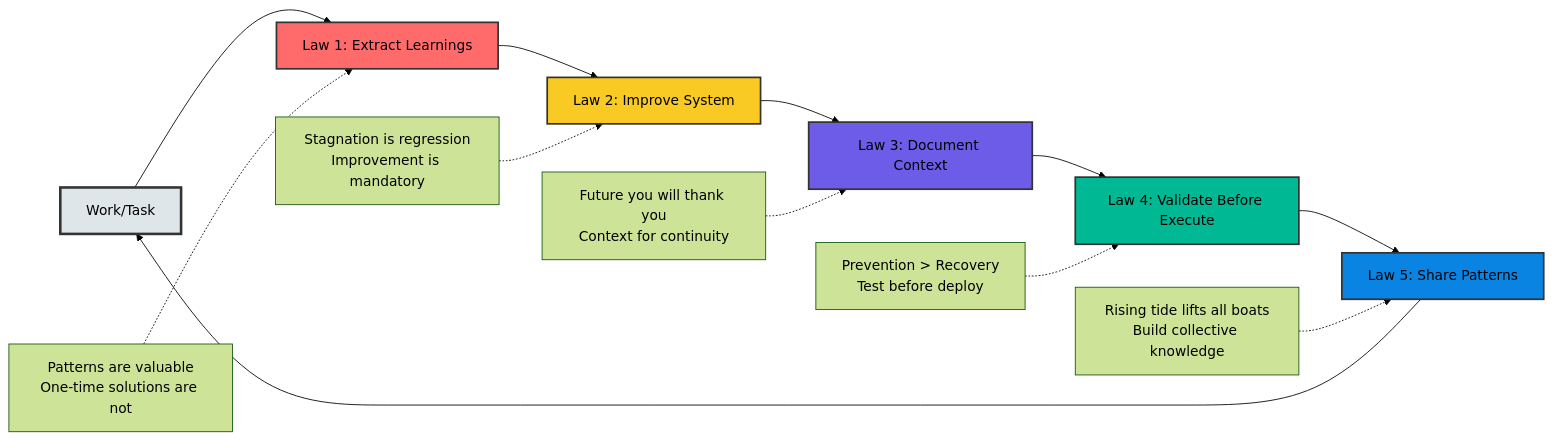
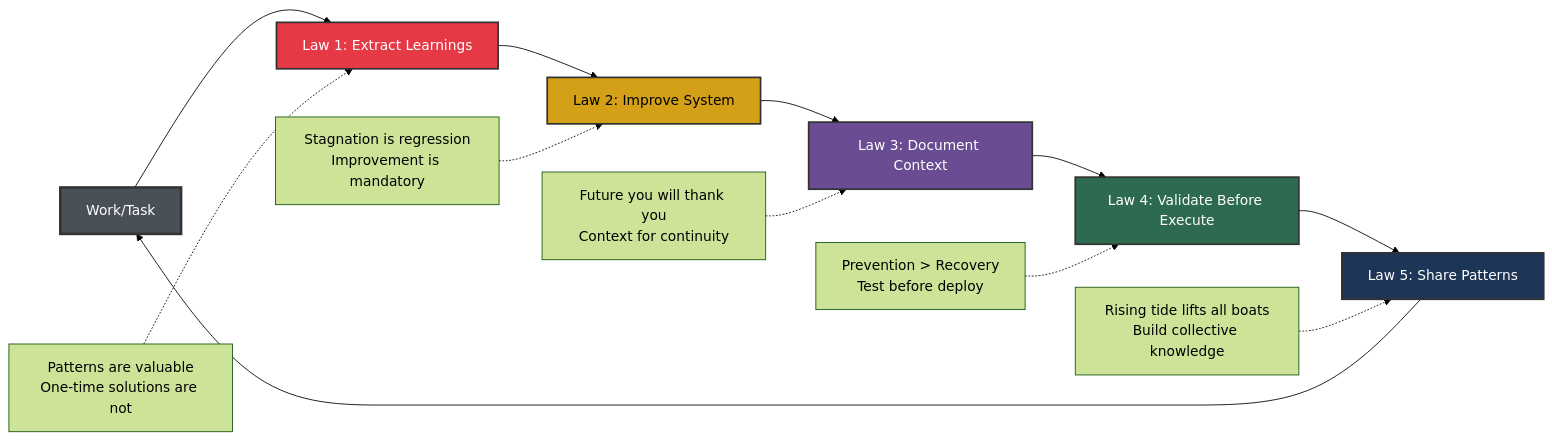
One commit to boshu2/12-factor-agentops changed the fourth of 5 diagrams in README.md. Above: the diagram before and after it, drawn with Mermaid (forest theme). The commit also changed other lines of this file, not shown here.

First line of the commit message:
docs(readme): improve text contrast in all diagrams for better readability

````diff
--- a/README.md
+++ b/README.md
@@ -211,22 +232,22 @@
 ```mermaid
 graph LR
     A[Work/Task] --> L1[Law 1: Extract Learnings]
     L1 --> L2[Law 2: Improve System]
     L2 --> L3[Law 3: Document Context]
     L3 --> L4[Law 4: Validate Before Execute]
     L4 --> L5[Law 5: Share Patterns]
     L5 --> A
 
     L1A[Patterns are valuable<br/>One-time solutions are not] -.-> L1
     L2A[Stagnation is regression<br/>Improvement is mandatory] -.-> L2
     L3A[Future you will thank you<br/>Context for continuity] -.-> L3
     L4A[Prevention > Recovery<br/>Test before deploy] -.-> L4
     L5A[Rising tide lifts all boats<br/>Build collective knowledge] -.-> L5
 
-    style L1 fill:#ff6b6b,stroke:#333,stroke-width:2px
-    style L2 fill:#f9ca24,stroke:#333,stroke-width:2px
-    style L3 fill:#6c5ce7,stroke:#333,stroke-width:2px
-    style L4 fill:#00b894,stroke:#333,stroke-width:2px
-    style L5 fill:#0984e3,stroke:#333,stroke-width:2px
-    style A fill:#dfe6e9,stroke:#333,stroke-width:3px
+    style L1 fill:#e63946,stroke:#333,stroke-width:2px,color:#fff
+    style L2 fill:#d4a017,stroke:#333,stroke-width:2px,color:#000
+    style L3 fill:#6a4c93,stroke:#333,stroke-width:2px,color:#fff
+    style L4 fill:#2d6a4f,stroke:#333,stroke-width:2px,color:#fff
+    style L5 fill:#1d3557,stroke:#333,stroke-width:2px,color:#fff
+    style A fill:#495057,stroke:#333,stroke-width:3px,color:#fff
 ```
````
